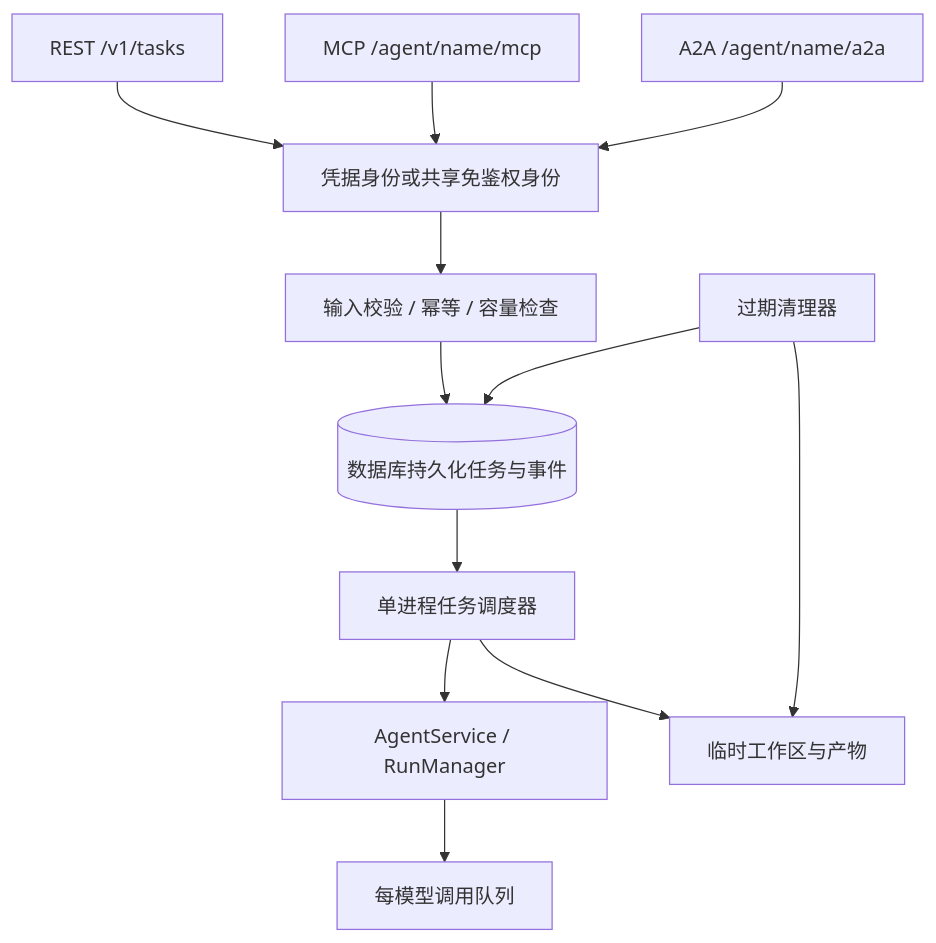
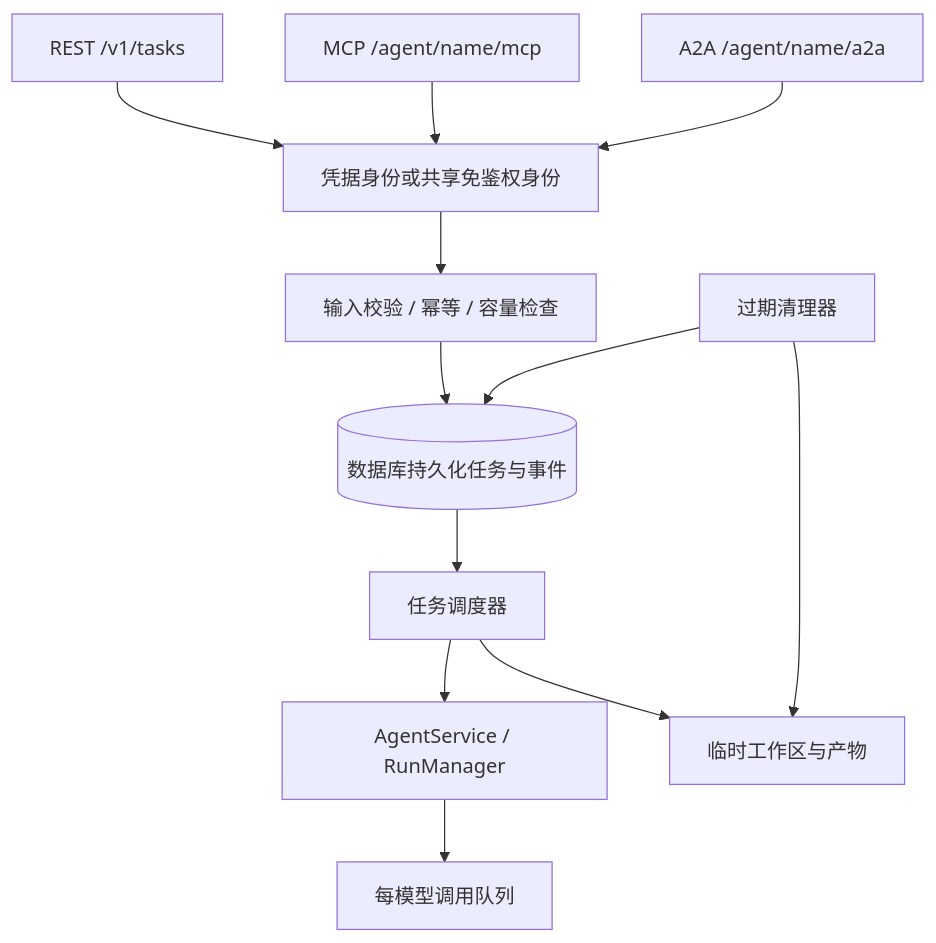
One commit to umeiko/UmEkO changed the diagram in docs/architecture/api-service.md. Above: the diagram before and after it, drawn with Mermaid. The commit also changed 38 other files, not shown here.

````diff
--- a/docs/architecture/api-service.md
+++ b/docs/architecture/api-service.md
@@ -5,14 +5,14 @@
 ```mermaid
 flowchart TB
     REST[REST /v1/tasks] --> Identity[凭据身份或共享免鉴权身份]
     MCP[MCP /agent/name/mcp] --> Identity
     A2A[A2A /agent/name/a2a] --> Identity
     Identity --> Admission[输入校验 / 幂等 / 容量检查]
     Admission --> Tasks[(数据库持久化任务与事件)]
-    Tasks --> Worker[单进程任务调度器]
+    Tasks --> Worker[任务调度器]
     Worker --> Agent[AgentService / RunManager]
     Agent --> Model[每模型调用队列]
     Worker --> Files[临时工作区与产物]
     GC[过期清理器] --> Tasks
     GC --> Files
 ```
````
